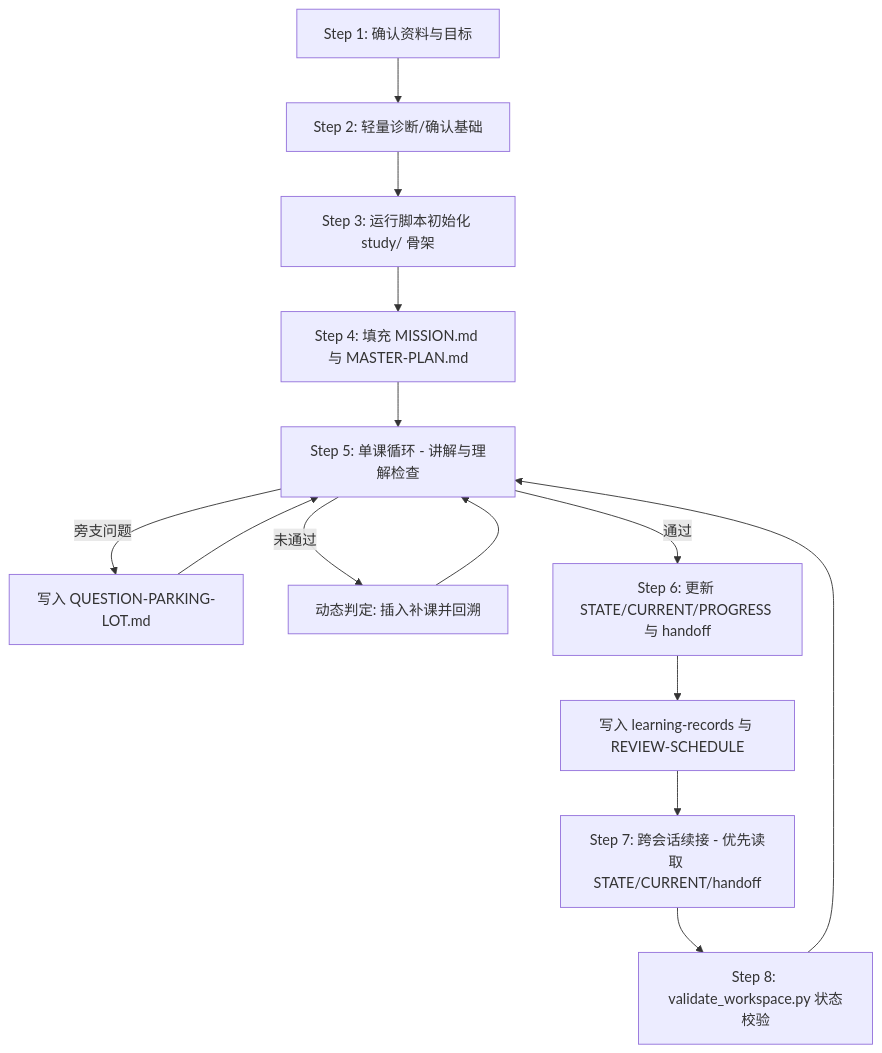
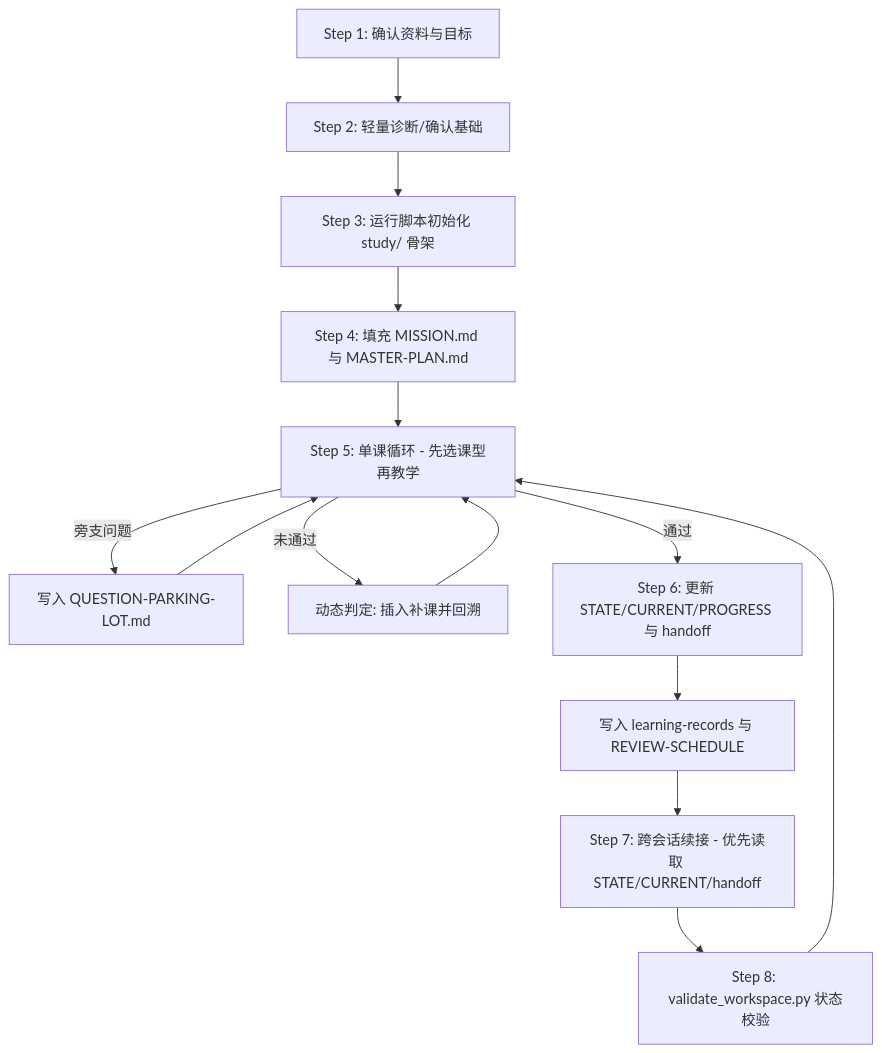
The diagram in README.md (twj515895394/study-system-skill), drawn with Mermaid before and after one commit. The commit also changed other lines of this file, not shown here.

````diff
--- a/README.md
+++ b/README.md
@@ -140,16 +142,16 @@
 ```mermaid
 graph TD
     A[Step 1: 确认资料与目标] --> B[Step 2: 轻量诊断/确认基础]
     B --> C[Step 3: 运行脚本初始化 study/ 骨架]
     C --> D[Step 4: 填充 MISSION.md 与 MASTER-PLAN.md]
-    D --> E[Step 5: 单课循环 - 讲解与理解检查]
+    D --> E[Step 5: 单课循环 - 先选课型再教学]
     E -->|旁支问题| Q[写入 QUESTION-PARKING-LOT.md]
     Q --> E
     E -->|未通过| F[动态判定: 插入补课并回溯]
     F --> E
     E -->|通过| G[Step 6: 更新 STATE/CURRENT/PROGRESS 与 handoff]
     G --> R[写入 learning-records 与 REVIEW-SCHEDULE]
     R --> H[Step 7: 跨会话续接 - 优先读取 STATE/CURRENT/handoff]
     H --> V[Step 8: validate_workspace.py 状态校验]
     V --> E
 ```
````
